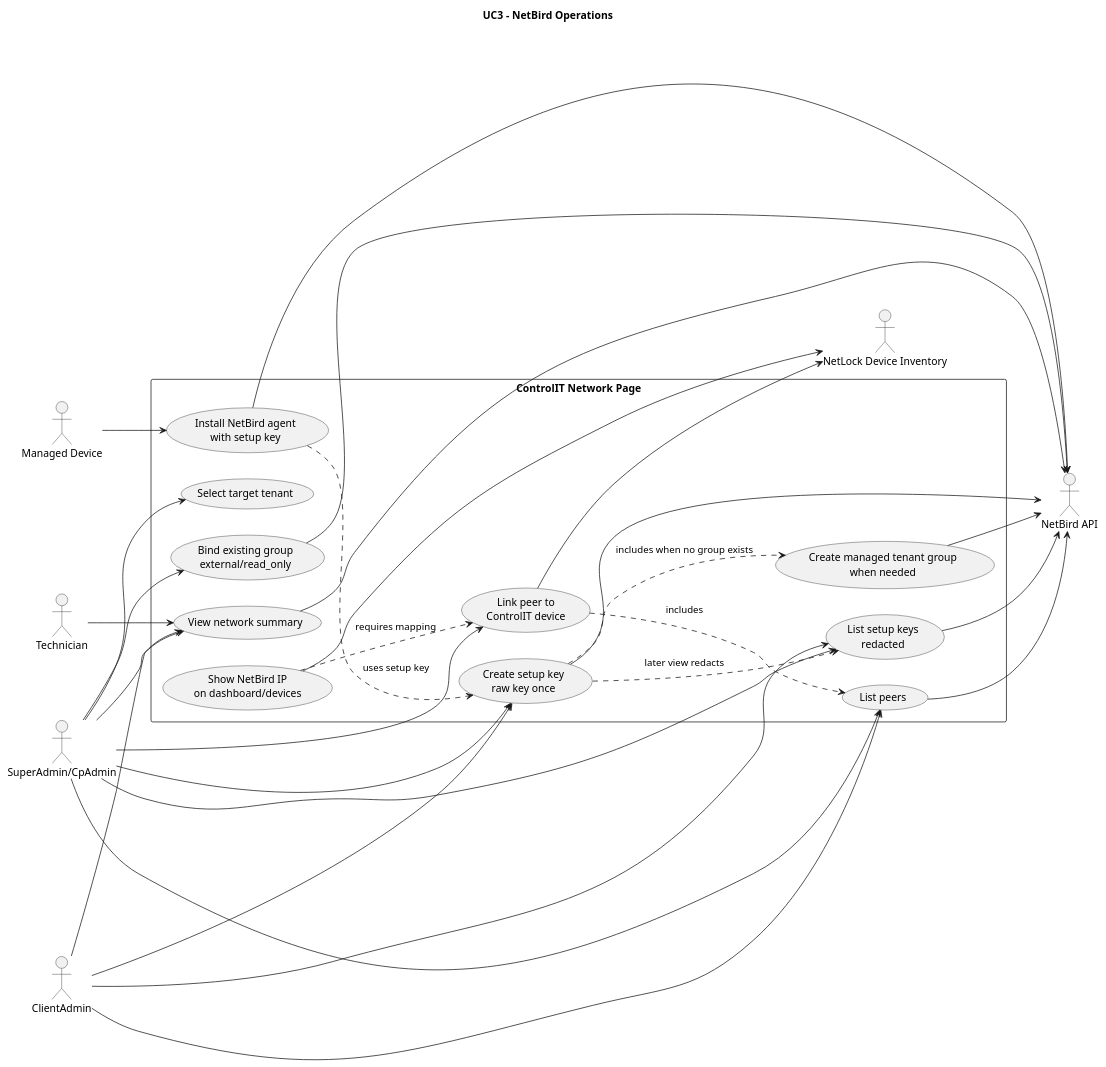
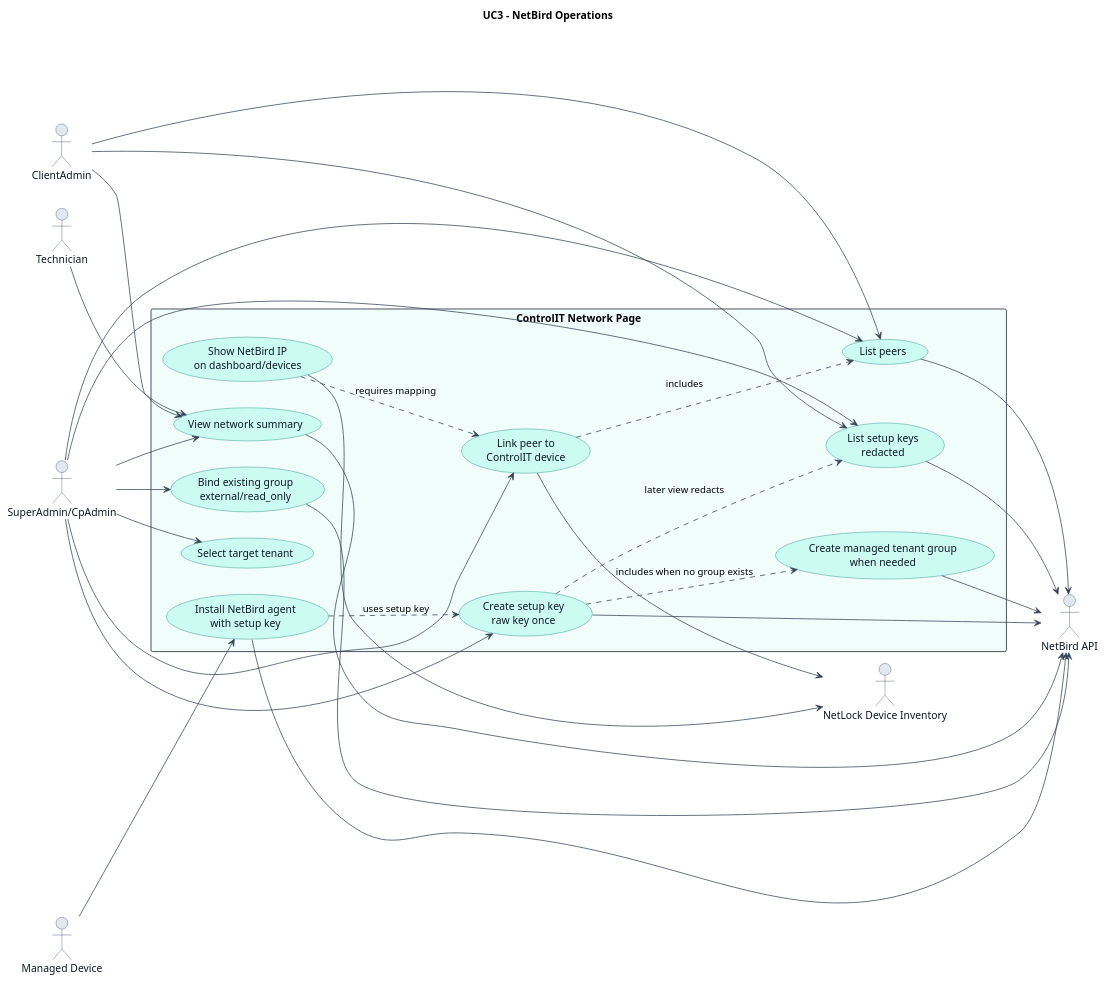
Before and after one commit to mahir-m01/NetLock-RMM-API-Layer: the diagram in diagrams/use-case/uc3-netbird-operations.puml, drawn with PlantUML. The commit also changed 6 other files, not shown here.

Commit message:
docs: refine UML accuracy and use-case styling

```diff
--- a/diagrams/use-case/uc3-netbird-operations.puml
+++ b/diagrams/use-case/uc3-netbird-operations.puml
@@ -1,59 +1,66 @@
 @startuml uc3-netbird-operations
 title UC3 - NetBird Operations
 left to right direction
-skinparam monochrome true
 skinparam shadowing false
 skinparam backgroundColor white
 skinparam packageStyle rectangle
+skinparam ArrowColor #334155
+skinparam ActorBorderColor #334155
+skinparam ActorBackgroundColor #E2E8F0
+skinparam ActorFontColor #0F172A
+skinparam UsecaseBorderColor #0F766E
+skinparam UsecaseBackgroundColor #CCFBF1
+skinparam UsecaseFontColor #0F172A
+skinparam RectangleBorderColor #0F172A
+skinparam RectangleBackgroundColor #F8FAFC
 
 actor "SuperAdmin/CpAdmin" as Admin
 actor "ClientAdmin" as ClientAdmin
 actor "Technician" as Technician
 actor "Managed Device" as Device
 actor "NetBird API" as NetBird
 actor "NetLock Device Inventory" as NetLock
 
-rectangle "ControlIT Network Page" {
+rectangle "ControlIT Network Page" #F0FDFA {
   usecase "Select target tenant" as SelectTenant
   usecase "Bind existing group\nexternal/read_only" as BindGroup
   usecase "Create managed tenant group\nwhen needed" as ManagedGroup
   usecase "Create setup key\nraw key once" as CreateKey
   usecase "List setup keys\nredacted" as ListKeys
   usecase "Install NetBird agent\nwith setup key" as InstallAgent
   usecase "List peers" as ListPeers
   usecase "Link peer to\nControlIT device" as LinkPeer
   usecase "Show NetBird IP\non dashboard/devices" as ShowIp
   usecase "View network summary" as Summary
 }
 
 Admin --> SelectTenant
 Admin --> BindGroup
 Admin --> CreateKey
 Admin --> ListKeys
 Admin --> ListPeers
 Admin --> LinkPeer
 Admin --> Summary
 
-ClientAdmin --> CreateKey
 ClientAdmin --> ListKeys
 ClientAdmin --> ListPeers
 ClientAdmin --> Summary
 Technician --> Summary
 Device --> InstallAgent
 
 CreateKey ..> ManagedGroup : includes when no group exists
 CreateKey ..> ListKeys : later view redacts
 InstallAgent ..> CreateKey : uses setup key
 LinkPeer ..> ListPeers : includes
 ShowIp ..> LinkPeer : requires mapping
 
 BindGroup --> NetBird
 ManagedGroup --> NetBird
 CreateKey --> NetBird
 ListKeys --> NetBird
 InstallAgent --> NetBird
 ListPeers --> NetBird
 Summary --> NetBird
 LinkPeer --> NetLock
 ShowIp --> NetLock
 @enduml
```
